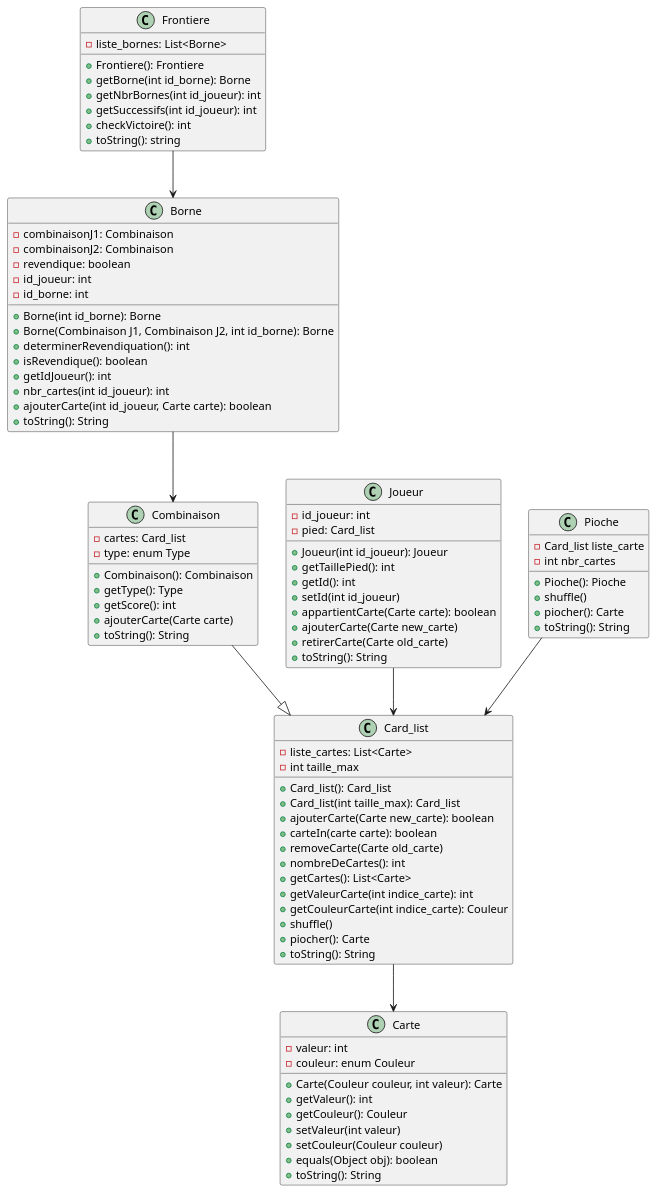
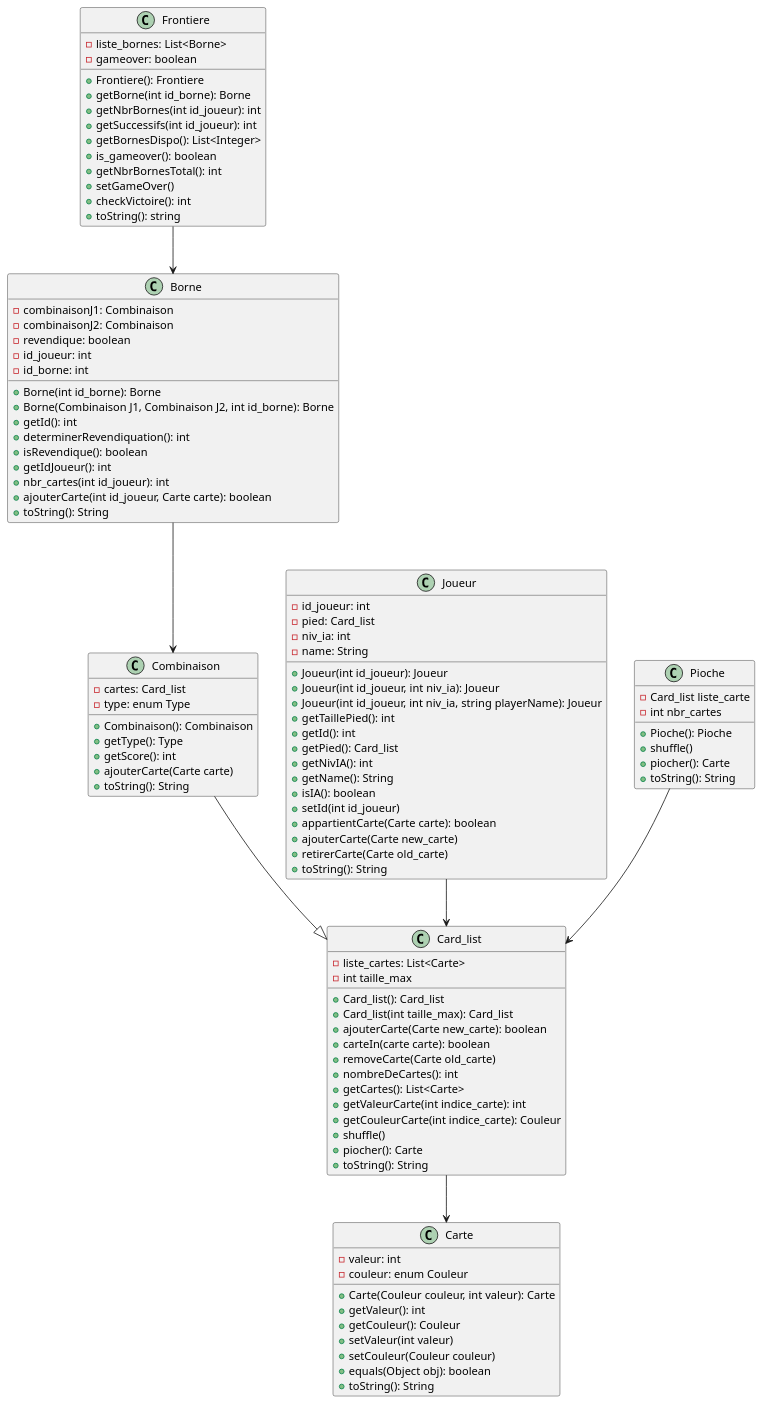
Before and after one commit to Pagatok/pg220: the diagram in src/diagrams/model.puml, drawn with PlantUML. The commit also changed 11 other files, not shown here.

Commit message:
Mise à jour des diagrammes de description des classes

```diff
--- a/src/diagrams/model.puml
+++ b/src/diagrams/model.puml
@@ -1,103 +1,117 @@
 @startuml model
 
 class Carte{
     - valeur: int
     - couleur: enum Couleur
     + Carte(Couleur couleur, int valeur): Carte
     + getValeur(): int
     + getCouleur(): Couleur
     + setValeur(int valeur)
     + setCouleur(Couleur couleur)
     + equals(Object obj): boolean
     + toString(): String
 }
 
 class Combinaison{
     - cartes: Card_list
     - type: enum Type
 
     + Combinaison(): Combinaison 
     + getType(): Type 
     + getScore(): int 
     + ajouterCarte(Carte carte)
     + toString(): String
 }
 
 
 class Joueur{
     - id_joueur: int
     - pied: Card_list
+    - niv_ia: int
+    - name: String
     + Joueur(int id_joueur): Joueur
+    + Joueur(int id_joueur, int niv_ia): Joueur
+    + Joueur(int id_joueur, int niv_ia, string playerName): Joueur
     + getTaillePied(): int
     + getId(): int
+    + getPied(): Card_list
+    + getNivIA(): int
+    + getName(): String
+    + isIA(): boolean
     + setId(int id_joueur)
     + appartientCarte(Carte carte): boolean
     + ajouterCarte(Carte new_carte)
     + retirerCarte(Carte old_carte)
     + toString(): String
 }
 
 
 class Card_list{
     - liste_cartes: List<Carte>
     - int taille_max
     + Card_list(): Card_list
     + Card_list(int taille_max): Card_list
     + ajouterCarte(Carte new_carte): boolean
     + carteIn(carte carte): boolean
     + removeCarte(Carte old_carte)
     + nombreDeCartes(): int 
     + getCartes(): List<Carte> 
     + getValeurCarte(int indice_carte): int
     + getCouleurCarte(int indice_carte): Couleur
     + shuffle()
     + piocher(): Carte
     + toString(): String   
 }
 
 class Borne{
     - combinaisonJ1: Combinaison
     - combinaisonJ2: Combinaison
     - revendique: boolean
     - id_joueur: int
     - id_borne: int
     + Borne(int id_borne): Borne
     + Borne(Combinaison J1, Combinaison J2, int id_borne): Borne
+    + getId(): int
     + determinerRevendiquation(): int
     + isRevendique(): boolean
     + getIdJoueur(): int
     + nbr_cartes(int id_joueur): int
     + ajouterCarte(int id_joueur, Carte carte): boolean
     + toString(): String
 }
 
 class Frontiere{
     - liste_bornes: List<Borne>
+    - gameover: boolean
     + Frontiere(): Frontiere
     + getBorne(int id_borne): Borne
     + getNbrBornes(int id_joueur): int
     + getSuccessifs(int id_joueur): int
+    + getBornesDispo(): List<Integer>
+    + is_gameover(): boolean
+    + getNbrBornesTotal(): int
+    + setGameOver()
     + checkVictoire(): int
     + toString(): string
 }
 
 
 class Pioche{
     - Card_list liste_carte
     - int nbr_cartes
     + Pioche(): Pioche
     + shuffle()
     + piocher(): Carte
     + toString(): String
 
 }
 
 Combinaison --|> Card_list
 Joueur --> Card_list
 Card_list --> Carte
 Borne --> Combinaison
 Frontiere --> Borne
 Pioche --> Card_list
 
 
 @enduml
```
